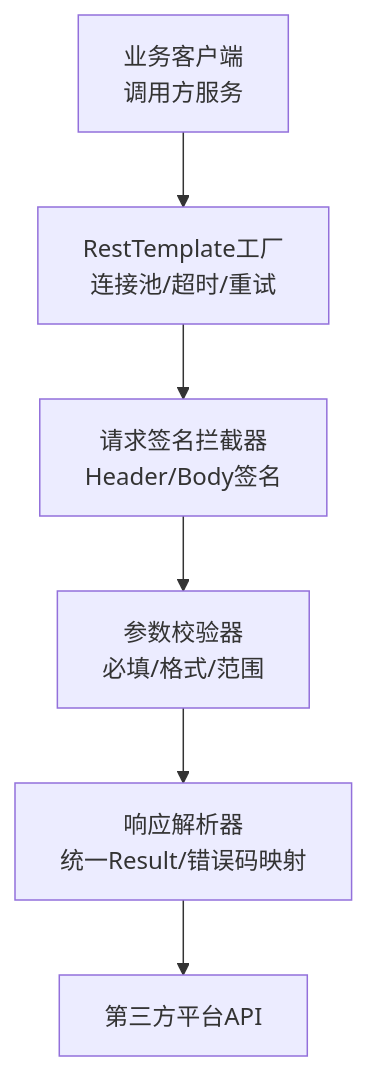
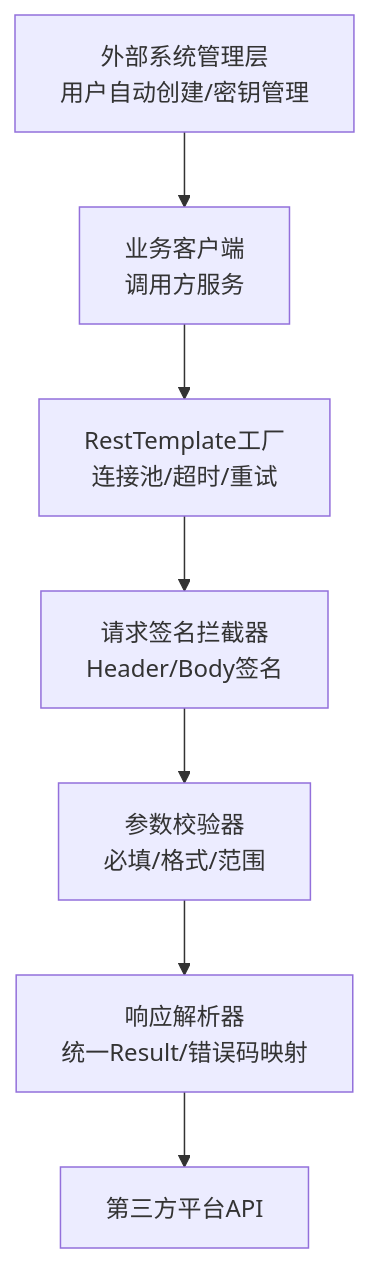
One commit to DrunkFood/First changed the second of 16 diagrams in .qoder/repowiki/zh/content/后端服务/交互服务 (ele-ai-tender-interaction)/外部系统集成.md. Above: the diagram before and after it, drawn with Mermaid. The commit also changed other lines of this file and 93 other files, not shown here.

````diff
--- a/.qoder/repowiki/zh/content/后端服务/交互服务 (ele-ai-tender-interaction)/外部系统集成.md
+++ b/.qoder/repowiki/zh/content/后端服务/交互服务 (ele-ai-tender-interaction)/外部系统集成.md
@@ -99,14 +105,16 @@
 ```mermaid
 graph TB
+Manager["外部系统管理层<br/>用户自动创建/密钥管理"]
 Client["业务客户端<br/>调用方服务"]
 Factory["RestTemplate工厂<br/>连接池/超时/重试"]
 SigIntc["请求签名拦截器<br/>Header/Body签名"]
 Validator["参数校验器<br/>必填/格式/范围"]
 Parser["响应解析器<br/>统一Result/错误码映射"]
 ThirdParty["第三方平台API"]
+Manager --> Client
 Client --> Factory
 Factory --> SigIntc
 SigIntc --> Validator
 Validator --> Parser
 Parser --> ThirdParty
 ```
````
